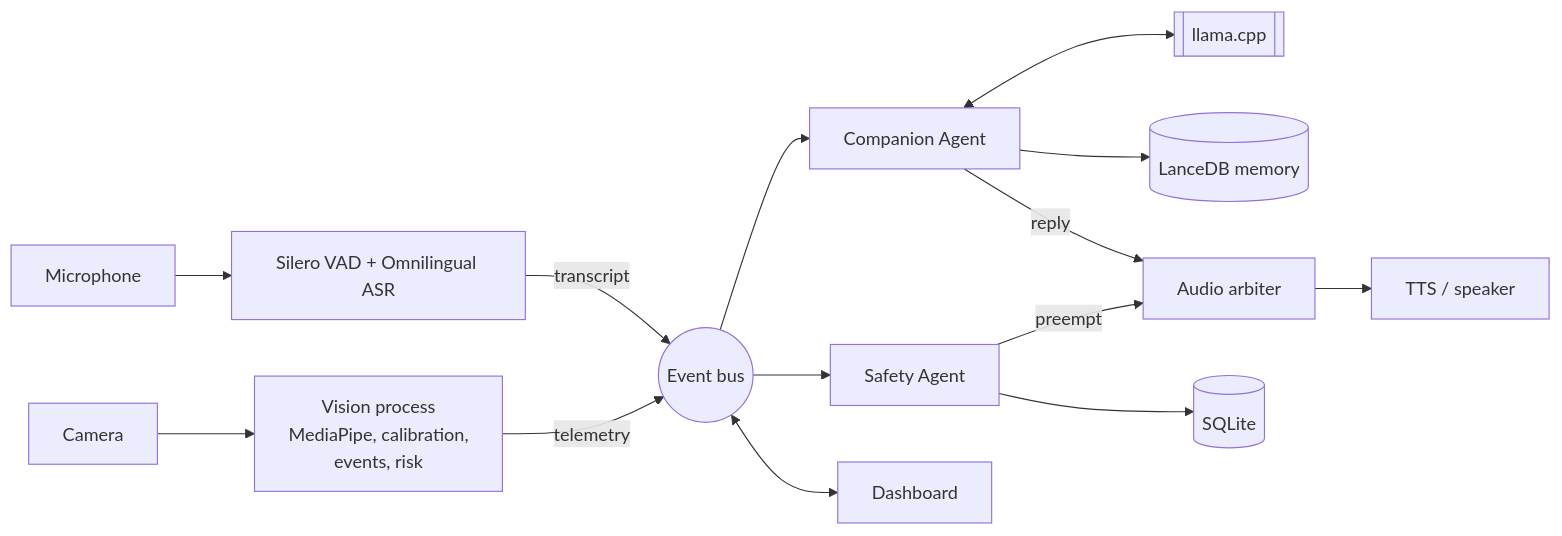
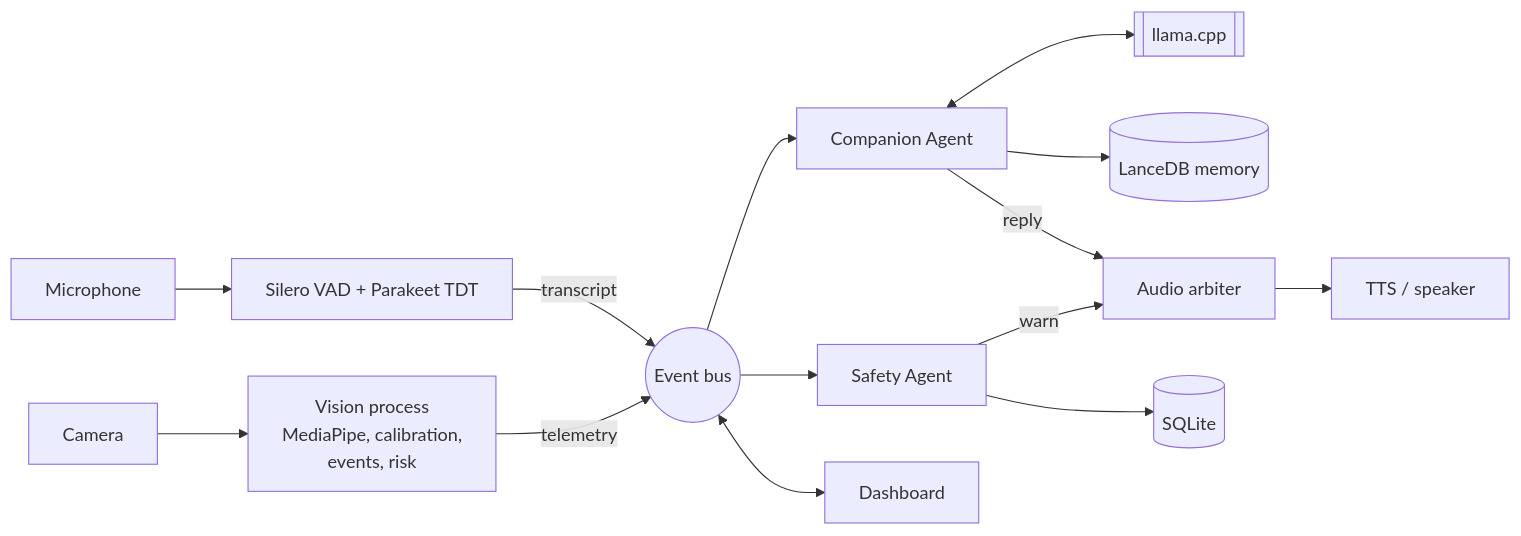
One commit to Steelixion/Context-Aware-Multi-Agent-Companion changed the diagram in README.md. Above: the diagram before and after it, drawn with Mermaid. The commit also changed other lines of this file and 32 other files, not shown here.

````diff
--- a/README.md
+++ b/README.md
@@ -36,15 +36,15 @@
 ```mermaid
 flowchart LR
   CAM[Camera] --> VIS[Vision process<br/>MediaPipe, calibration,<br/>events, risk]
-  MIC[Microphone] --> STT[Silero VAD + Omnilingual ASR]
+  MIC[Microphone] --> STT[Silero VAD + Parakeet TDT]
   VIS -- telemetry --> BUS((Event bus))
   STT -- transcript --> BUS
   BUS --> SAFE[Safety Agent]
   BUS --> COMP[Companion Agent]
   COMP <--> LLM[[llama.cpp]]
   COMP --> MEM[(LanceDB memory)]
-  SAFE -- preempt --> ARB[Audio arbiter] --> TTS[TTS / speaker]
+  SAFE -- warn --> ARB[Audio arbiter] --> TTS[TTS / speaker]
   COMP -- reply --> ARB
   SAFE --> DB[(SQLite)]
   BUS <--> UI[Dashboard]
 ```
````
